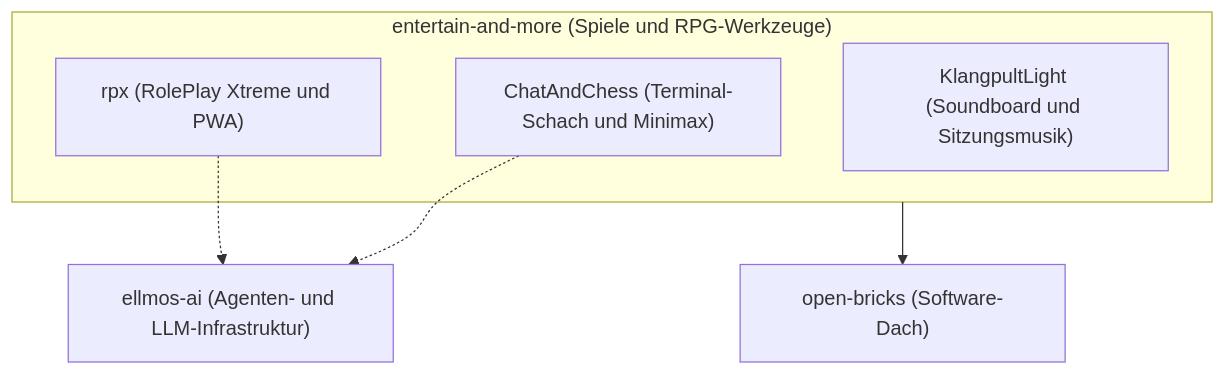
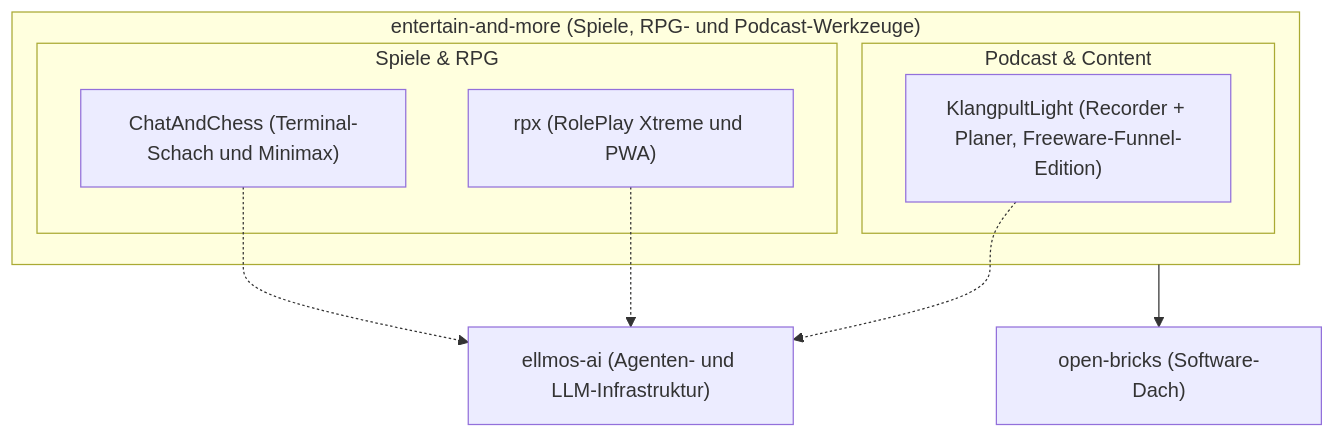
One commit to entertain-and-more/.github changed the diagram in profile/README_de.md. Above: the diagram before and after it, drawn with Mermaid. The commit also changed other lines of this file, not shown here.

````diff
--- a/profile/README_de.md
+++ b/profile/README_de.md
@@ -23,13 +31,18 @@
 ```mermaid
 graph TD
-    subgraph Org["entertain-and-more (Spiele und RPG-Werkzeuge)"]
-        CC["ChatAndChess (Terminal-Schach und Minimax)"]
-        RPX["rpx (RolePlay Xtreme und PWA)"]
-        KLANG["KlangpultLight (Soundboard und Sitzungsmusik)"]
+    subgraph Org["entertain-and-more (Spiele, RPG- und Podcast-Werkzeuge)"]
+        subgraph Gaming["Spiele & RPG"]
+            CC["ChatAndChess (Terminal-Schach und Minimax)"]
+            RPX["rpx (RolePlay Xtreme und PWA)"]
+        end
+        subgraph Content["Podcast & Content"]
+            KLANG["KlangpultLight (Recorder + Planer, Freeware-Funnel-Edition)"]
+        end
     end
     ELLMOS["ellmos-ai (Agenten- und LLM-Infrastruktur)"]
     OPEN["open-bricks (Software-Dach)"]
     CC -.-> ELLMOS
     RPX -.-> ELLMOS
+    KLANG -.-> ELLMOS
     Org --> OPEN
 ```
````
